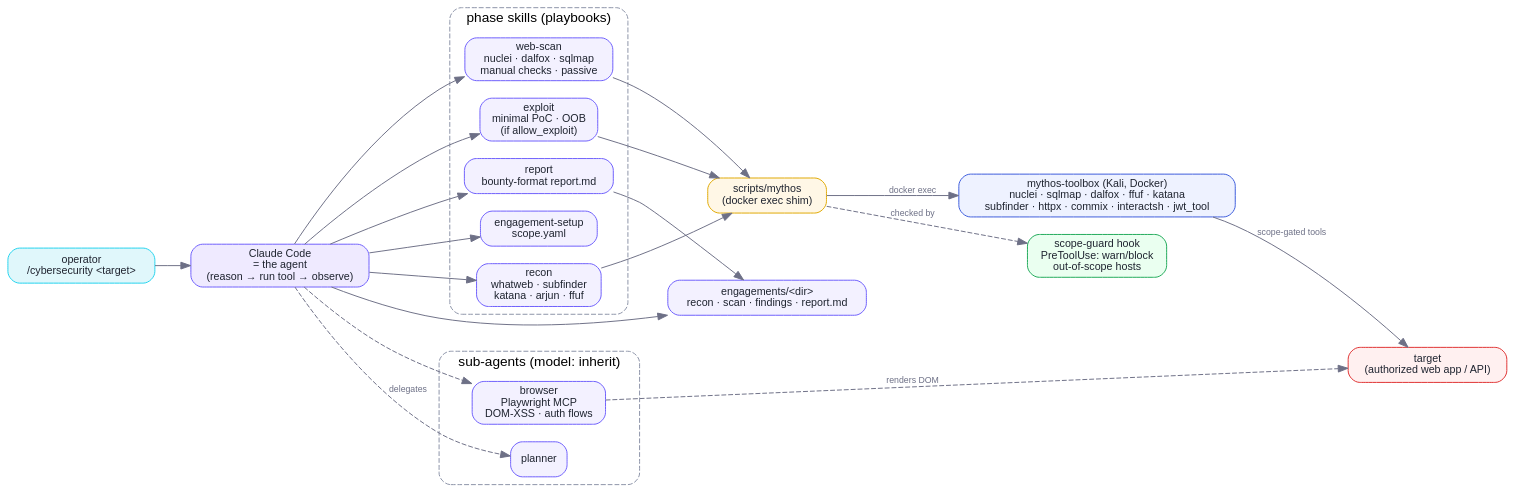
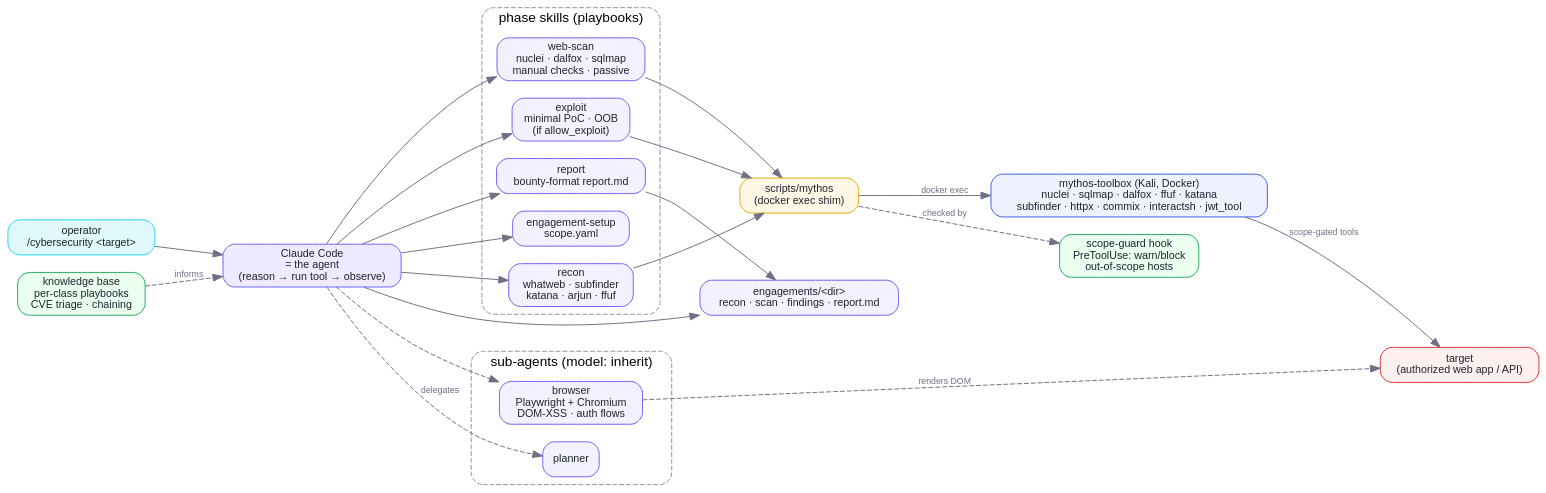
One commit to raphaelbleier/mythos-sec changed the diagram in docs/assets/architecture.dot. Above: the diagram before and after it, drawn with Graphviz. The commit also changed 3 other files, not shown here.

First line of the commit message:
docs: overhaul README (install guide + benchmark results) and refresh diagram

```diff
--- a/docs/assets/architecture.dot
+++ b/docs/assets/architecture.dot
@@ -1,45 +1,48 @@
 // Mythos architecture — render: dot -Tsvg architecture.dot -o architecture.svg
 digraph mythos {
   rankdir=LR;
   bgcolor="transparent";
   node [shape=box, style="rounded,filled", fontname="Helvetica", fontsize=11,
         color="#6d5efc", fillcolor="#f3f1ff", fontcolor="#1f2430"];
   edge [color="#6d7086", fontname="Helvetica", fontsize=9, fontcolor="#6d7086"];
 
   user [label="operator\n/cybersecurity <target>", fillcolor="#e0f7fb", color="#22d3ee"];
 
   cc [label="Claude Code\n= the agent\n(reason → run tool → observe)", fillcolor="#efeaff", color="#6d5efc"];
 
   subgraph cluster_skills {
     label="phase skills (playbooks)"; style="rounded,dashed"; color="#8b93a7"; fontname="Helvetica";
     setup   [label="engagement-setup\nscope.yaml"];
     recon   [label="recon\nwhatweb · subfinder\nkatana · arjun · ffuf"];
     scan    [label="web-scan\nnuclei · dalfox · sqlmap\nmanual checks · passive"];
     exploit [label="exploit\nminimal PoC · OOB\n(if allow_exploit)"];
     report  [label="report\nbounty-format report.md"];
   }
 
   subgraph cluster_agents {
     label="sub-agents (model: inherit)"; style="rounded,dashed"; color="#8b93a7"; fontname="Helvetica";
     planner [label="planner"];
-    browser [label="browser\nPlaywright MCP\nDOM-XSS · auth flows"];
+    browser [label="browser\nPlaywright + Chromium\nDOM-XSS · auth flows"];
   }
+
+  know [label="knowledge base\nper-class playbooks\nCVE triage · chaining", fillcolor="#eafff0", color="#1faa59"];
 
   shim    [label="scripts/mythos\n(docker exec shim)", fillcolor="#fff7e6", color="#e0a800"];
   toolbox [label="mythos-toolbox (Kali, Docker)\nnuclei · sqlmap · dalfox · ffuf · katana\nsubfinder · httpx · commix · interactsh · jwt_tool", fillcolor="#eef2ff", color="#3b5bdb"];
   hook    [label="scope-guard hook\nPreToolUse: warn/block\nout-of-scope hosts", fillcolor="#eafff0", color="#1faa59"];
   target  [label="target\n(authorized web app / API)", fillcolor="#fff0f0", color="#e03131"];
   out     [label="engagements/<dir>\nrecon · scan · findings · report.md", fillcolor="#f3f1ff", color="#6d5efc"];
 
   user -> cc;
+  know -> cc [label="informs", style=dashed];
   cc -> planner [label="delegates", style=dashed];
   cc -> setup; cc -> recon; cc -> scan; cc -> exploit; cc -> report;
   cc -> browser [style=dashed];
   recon -> shim; scan -> shim; exploit -> shim;
   browser -> target [label="renders DOM", style=dashed];
   shim -> toolbox [label="docker exec"];
   shim -> hook [label="checked by", style=dashed];
   toolbox -> target [label="scope-gated tools"];
   cc -> out;
   report -> out;
 }
```
